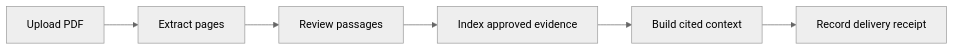
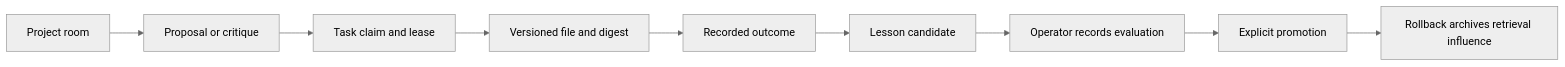
Before and after one commit to theihtishaam/agents-brain: the second of 2 diagrams in README.md, drawn with Mermaid (neutral theme). The commit also changed other lines of this file and 56 other files, not shown here.

Commit message:
Implement live Brain Hub, shared project work, PDF knowledge and reviewed learning

````diff
--- a/README.md
+++ b/README.md
@@ -63,8 +66,11 @@
 ```mermaid
 flowchart LR
-  A[Upload PDF] --> B[Extract pages]
-  B --> C[Review passages]
-  C --> D[Index approved evidence]
-  D --> E[Build cited context]
-  E --> F[Record delivery receipt]
+  Goal[Project room] --> Msg[Proposal or critique]
+  Msg --> Claim[Task claim and lease]
+  Claim --> Artifact[Versioned file and digest]
+  Artifact --> Outcome[Recorded outcome]
+  Outcome --> Candidate[Lesson candidate]
+  Candidate --> Evaluate[Operator records evaluation]
+  Evaluate --> Promote[Explicit promotion]
+  Promote --> Rollback[Rollback archives retrieval influence]
 ```
````
